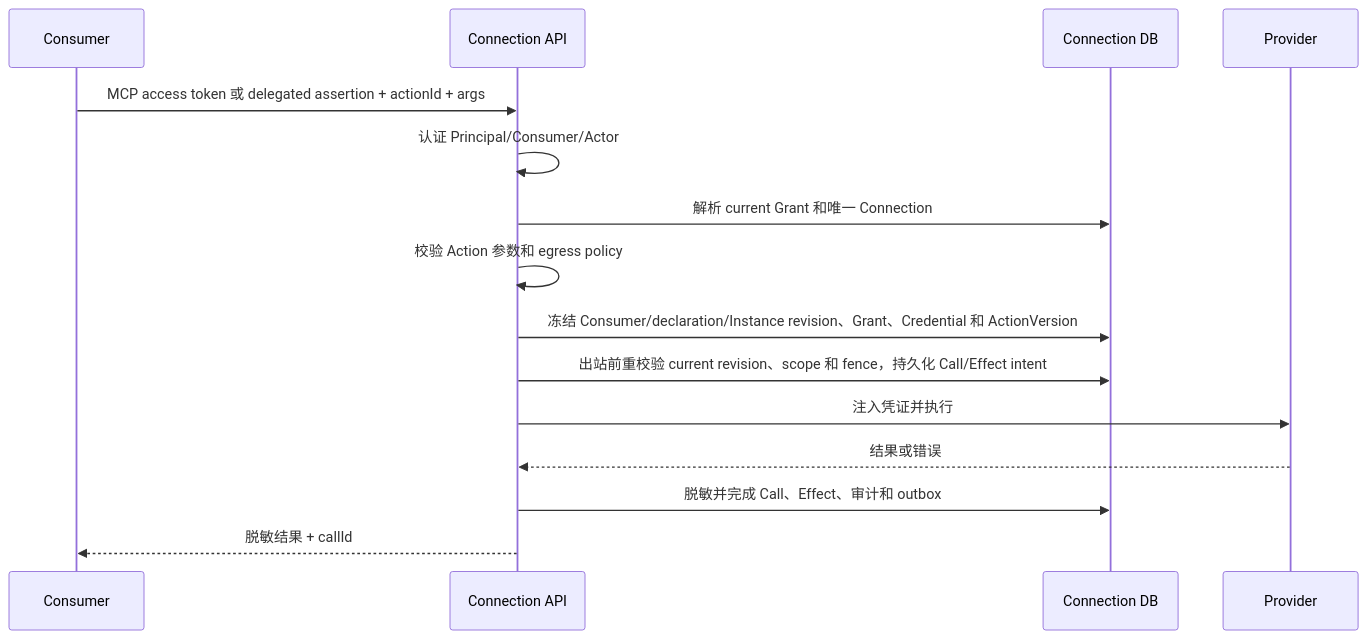
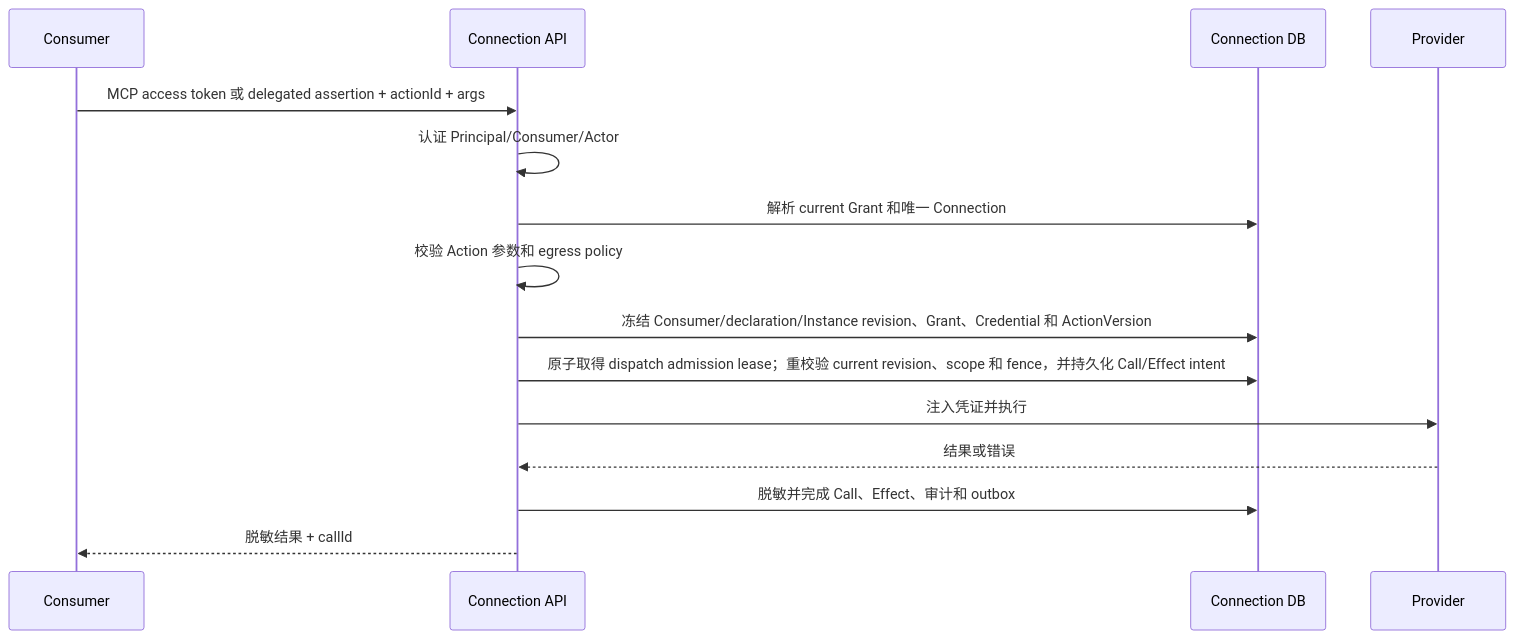
Before and after one commit to AgoraIO-Extensions/agent-infra: the third of 3 diagrams in docs/architecture/SPEC-agent-infra-M1-engineering-architecture.md, drawn with Mermaid. The commit also changed other lines of this file and 2 other files, not shown here.

Commit message:
docs: tighten Connection dispatch contracts

````diff
--- a/docs/architecture/SPEC-agent-infra-M1-engineering-architecture.md
+++ b/docs/architecture/SPEC-agent-infra-M1-engineering-architecture.md
@@ -508,18 +508,18 @@
 ```mermaid
 sequenceDiagram
     participant P as Consumer
     participant C as Connection API
     participant D as Connection DB
     participant X as Provider
 
     P->>C: MCP access token 或 delegated assertion + actionId + args
     C->>C: 认证 Principal/Consumer/Actor
     C->>D: 解析 current Grant 和唯一 Connection
     C->>C: 校验 Action 参数和 egress policy
     C->>D: 冻结 Consumer/declaration/Instance revision、Grant、Credential 和 ActionVersion
-    C->>D: 出站前重校验 current revision、scope 和 fence，持久化 Call/Effect intent
+    C->>D: 原子取得 dispatch admission lease；重校验 current revision、scope 和 fence，并持久化 Call/Effect intent
     C->>X: 注入凭证并执行
     X-->>C: 结果或错误
     C->>D: 脱敏并完成 Call、Effect、审计和 outbox
     C-->>P: 脱敏结果 + callId
 ```
````
